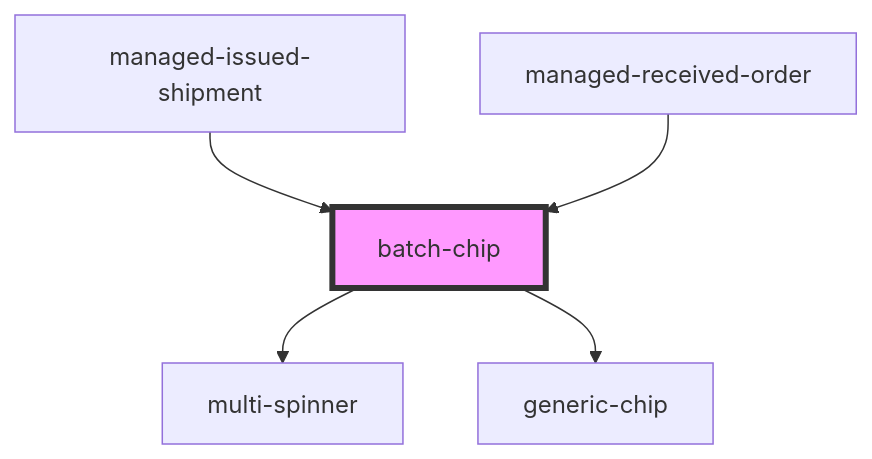
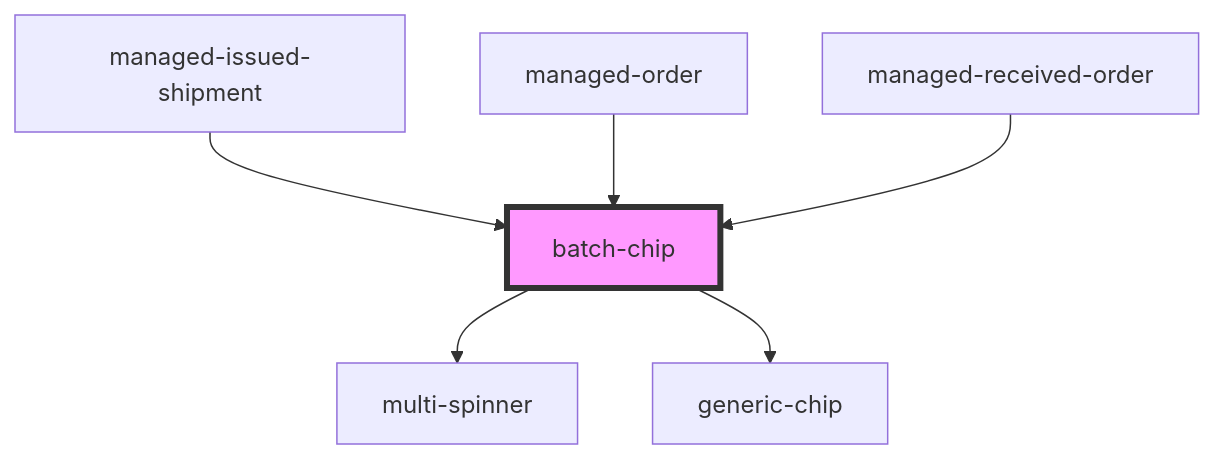
One commit to PharmaLedger-IMI/fgt-workspace changed the diagram in pdm-web-components/src/components/batch-chip/readme.md. Above: the diagram before and after it, drawn with Mermaid. The commit also changed other lines of this file and 20 other files, not shown here.

````diff
--- a/pdm-web-components/src/components/batch-chip/readme.md
+++ b/pdm-web-components/src/components/batch-chip/readme.md
@@ -39,8 +40,9 @@
 ```mermaid
 graph TD;
   batch-chip --> multi-spinner
   batch-chip --> generic-chip
   managed-issued-shipment --> batch-chip
+  managed-order --> batch-chip
   managed-received-order --> batch-chip
   style batch-chip fill:#f9f,stroke:#333,stroke-width:4px
 ```
````
